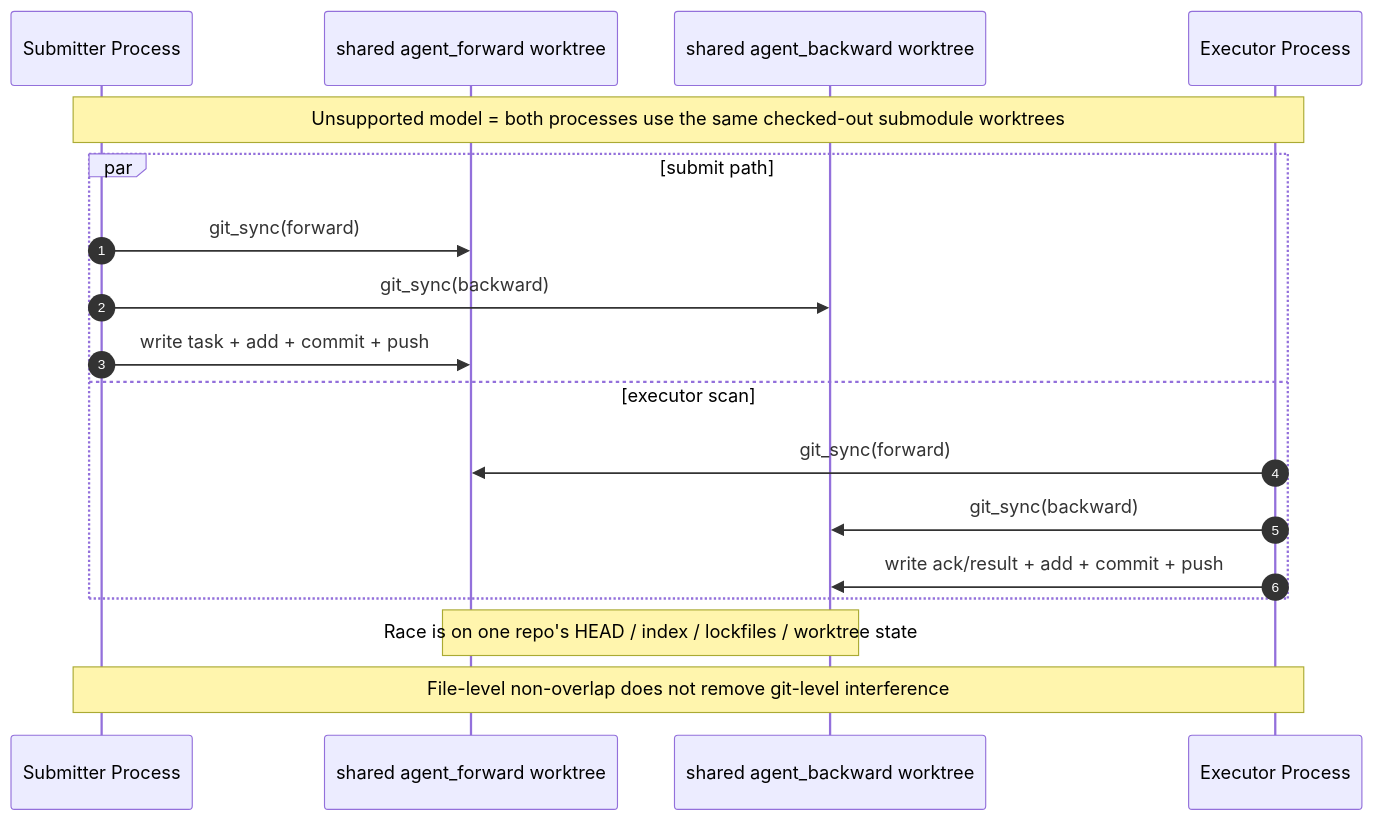
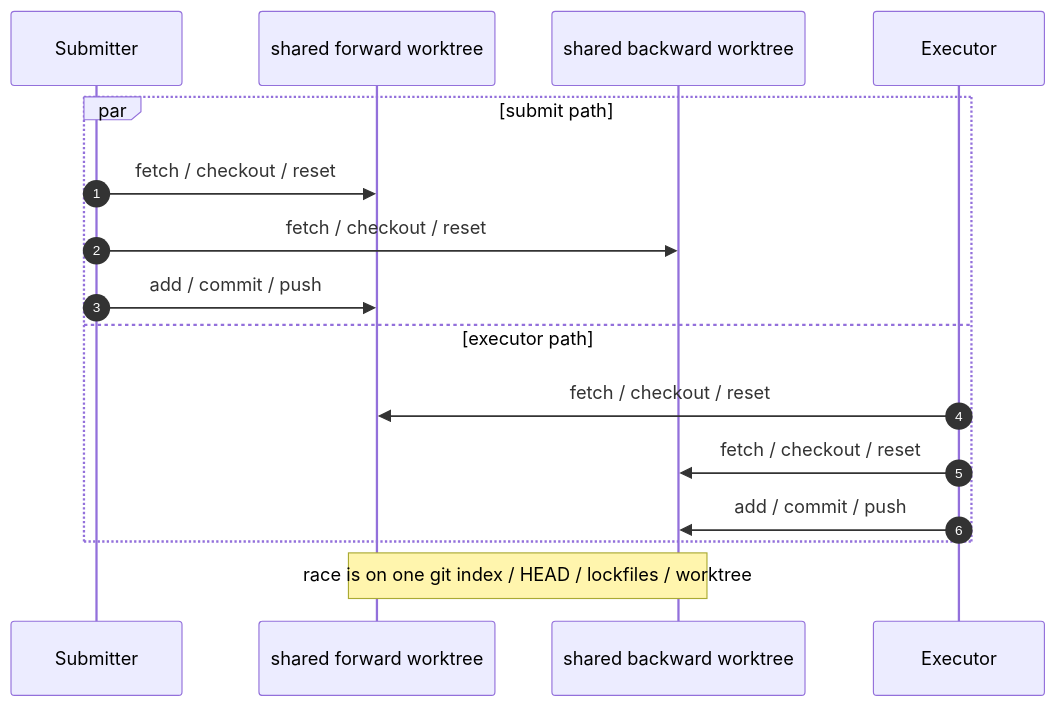
Before and after one commit to hyjack-00/AgentExecTunnel: the third of 3 diagrams in DESIGN.md, drawn with Mermaid. The commit also changed other lines of this file and 12 other files, not shown here.

````diff
--- a/DESIGN.md
+++ b/DESIGN.md
@@ -549,23 +185,20 @@
 ```mermaid
 sequenceDiagram
     autonumber
-    participant S as Submitter Process
-    participant F as shared agent_forward worktree
-    participant B as shared agent_backward worktree
-    participant E as Executor Process
-
-    Note over S,E: Unsupported model = both processes use the same checked-out submodule worktrees
+    participant S as Submitter
+    participant F as shared forward worktree
+    participant B as shared backward worktree
+    participant E as Executor
 
     par submit path
-        S->>F: git_sync(forward)
-        S->>B: git_sync(backward)
-        S->>F: write task + add + commit + push
-    and executor scan
-        E->>F: git_sync(forward)
-        E->>B: git_sync(backward)
-        E->>B: write ack/result + add + commit + push
+        S->>F: fetch / checkout / reset
+        S->>B: fetch / checkout / reset
+        S->>F: add / commit / push
+    and executor path
+        E->>F: fetch / checkout / reset
+        E->>B: fetch / checkout / reset
+        E->>B: add / commit / push
     end
 
-    Note over F,B: Race is on one repo's HEAD / index / lockfiles / worktree state
-    Note over S,E: File-level non-overlap does not remove git-level interference
+    Note over F,B: race is on one git index / HEAD / lockfiles / worktree
 ```
````
